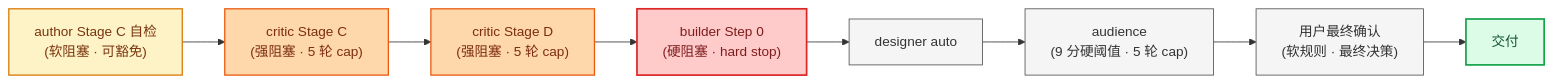
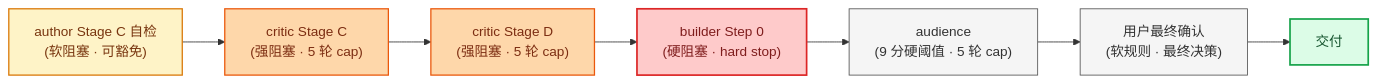
One commit to pcliangx/iLovePPT changed the tenth of 11 diagrams in docs/agent-internals.zh.md. Above: the diagram before and after it, drawn with Mermaid. The commit also changed other lines of this file and 8 other files, not shown here.

````diff
--- a/docs/agent-internals.zh.md
+++ b/docs/agent-internals.zh.md
@@ -626,22 +570,21 @@
 ```mermaid
 flowchart LR
     A["author Stage C 自检<br/>(软阻塞 · 可豁免)"] --> CR1["critic Stage C<br/>(强阻塞 · 5 轮 cap)"]
     CR1 --> CR2["critic Stage D<br/>(强阻塞 · 5 轮 cap)"]
     CR2 --> BD["builder Step 0<br/>(硬阻塞 · hard stop)"]
-    BD --> DS["designer auto"]
-    DS --> AD["audience<br/>(9 分硬阈值 · 5 轮 cap)"]
+    BD --> AD["audience<br/>(9 分硬阈值 · 5 轮 cap)"]
     AD --> UC["用户最终确认<br/>(软规则 · 最终决策)"]
     UC --> SHIP[交付]
 
     classDef soft fill:#FEF3C7,stroke:#D97706,stroke-width:1.5px,color:#78350F
     classDef hard1 fill:#FED7AA,stroke:#EA580C,stroke-width:1.5px,color:#7C2D12
     classDef hard2 fill:#FECACA,stroke:#DC2626,stroke-width:2px,color:#7F1D1D
     classDef neutral fill:#F5F5F5,stroke:#555
     classDef final fill:#DCFCE7,stroke:#16A34A,stroke-width:2px,color:#14532D
 
     class A soft
     class CR1,CR2 hard1
     class BD hard2
     class DS,AD,UC neutral
     class SHIP final
 ```
````
